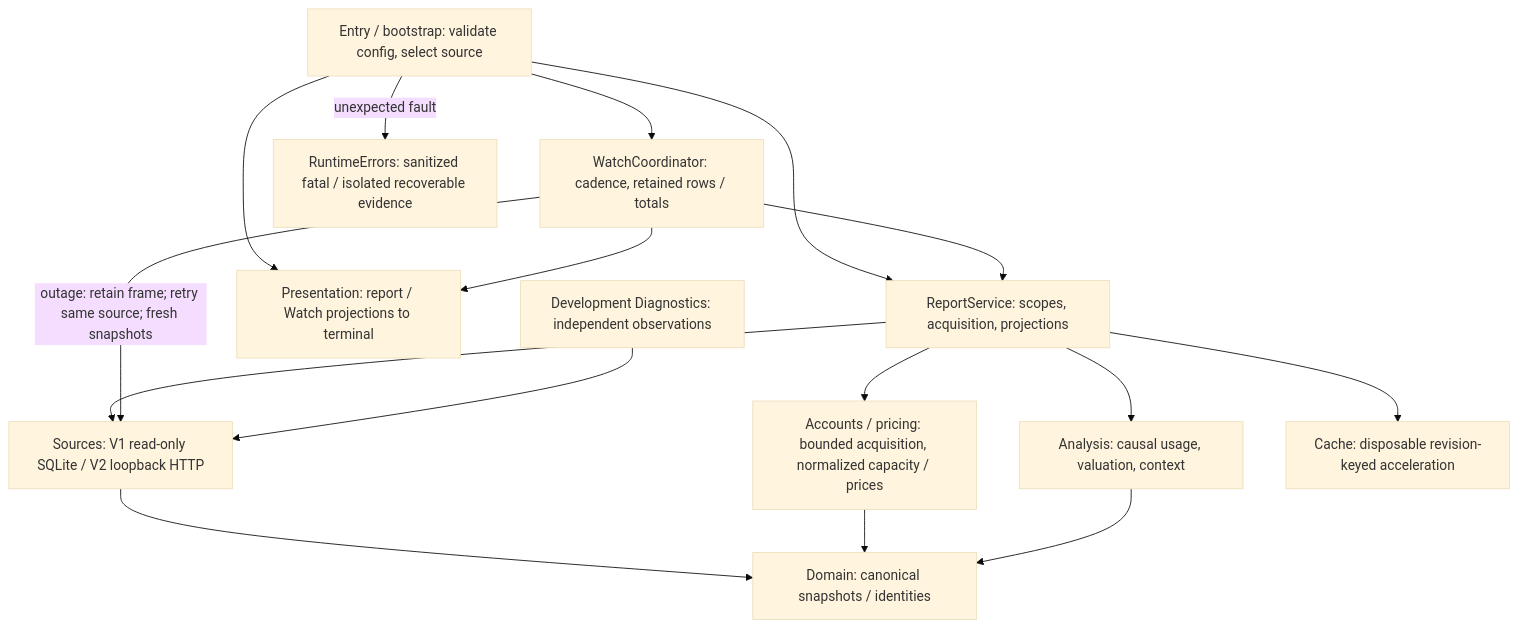
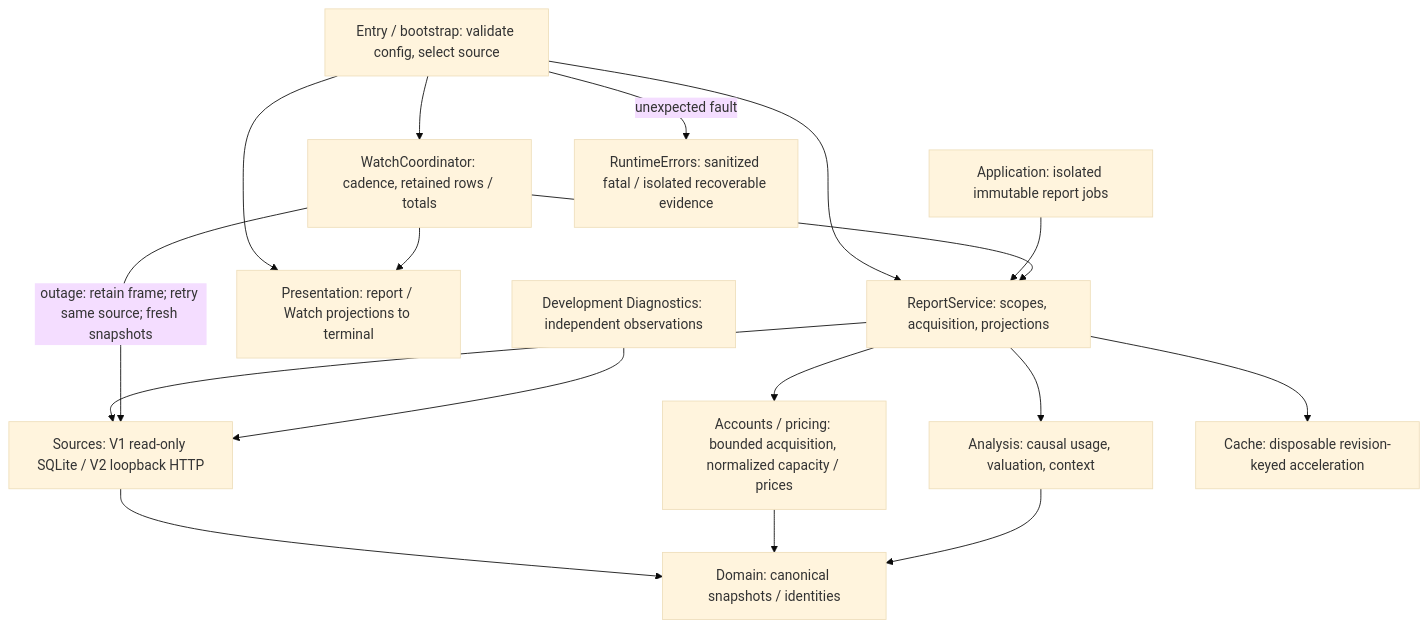
One commit to qstoffe/cost-guard changed the first of 2 diagrams in development/architecture/OVERVIEW.md. Above: the diagram before and after it, drawn with Mermaid (base theme). The commit also changed other lines of this file and 20 other files, not shown here.

First line of the commit message:
FR 000290: transport-neutral report application boundary (v80.80) (#59)

````diff
--- a/development/architecture/OVERVIEW.md
+++ b/development/architecture/OVERVIEW.md
@@ -18,18 +18,19 @@
 ```mermaid
 flowchart TD
     entry["Entry / bootstrap: validate config, select source"] --> reports["ReportService: scopes, acquisition, projections"]
+    application["Application: isolated immutable report jobs"] --> reports
     entry --> watch["WatchCoordinator: cadence, retained rows / totals"]
     watch --> reports
     reports --> sources["Sources: V1 read-only SQLite / V2 loopback HTTP"]
     reports --> providers["Accounts / pricing: bounded acquisition, normalized capacity / prices"]
     sources --> domain["Domain: canonical snapshots / identities"]
     providers --> domain
     reports --> analysis["Analysis: causal usage, valuation, context"]
     analysis --> domain
     reports --> cache["Cache: disposable revision-keyed acceleration"]
     entry --> presentation["Presentation: report / Watch projections to terminal"]
     watch --> presentation
     watch -->|"outage: retain frame; retry same source; fresh snapshots"| sources
     entry -->|"unexpected fault"| faults["RuntimeErrors: sanitized fatal / isolated recoverable evidence"]
     diagnostics["Development Diagnostics: independent observations"] --> sources
 ```
````
